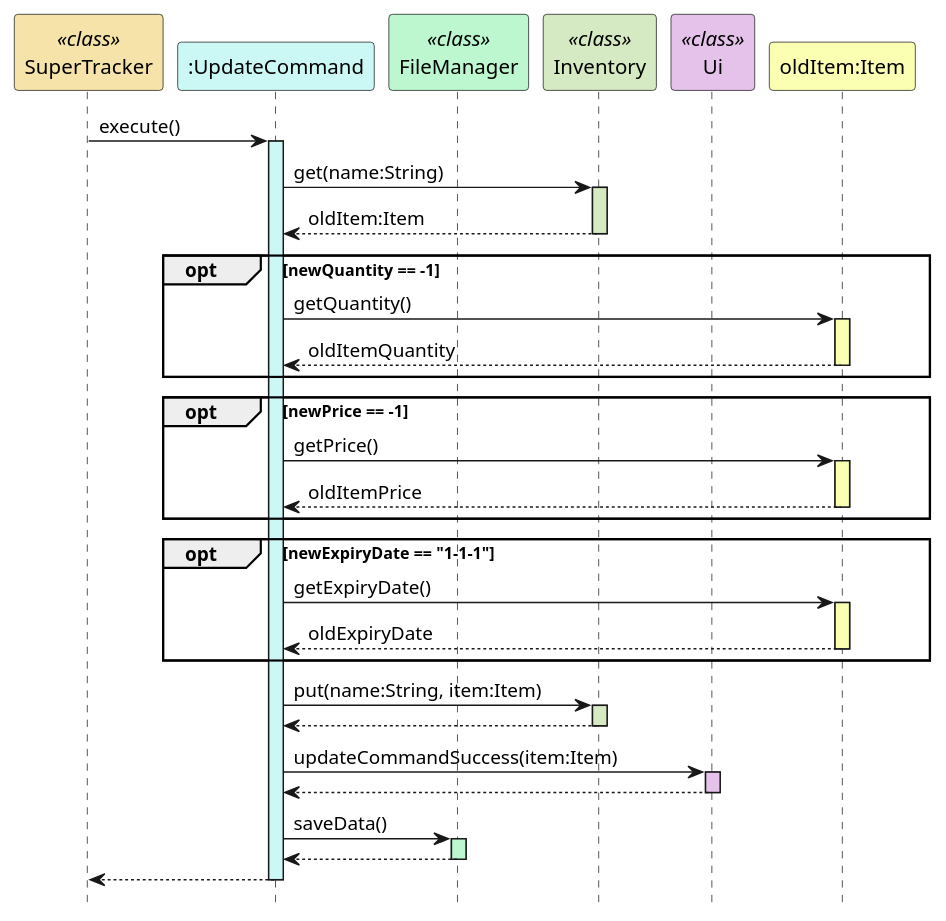
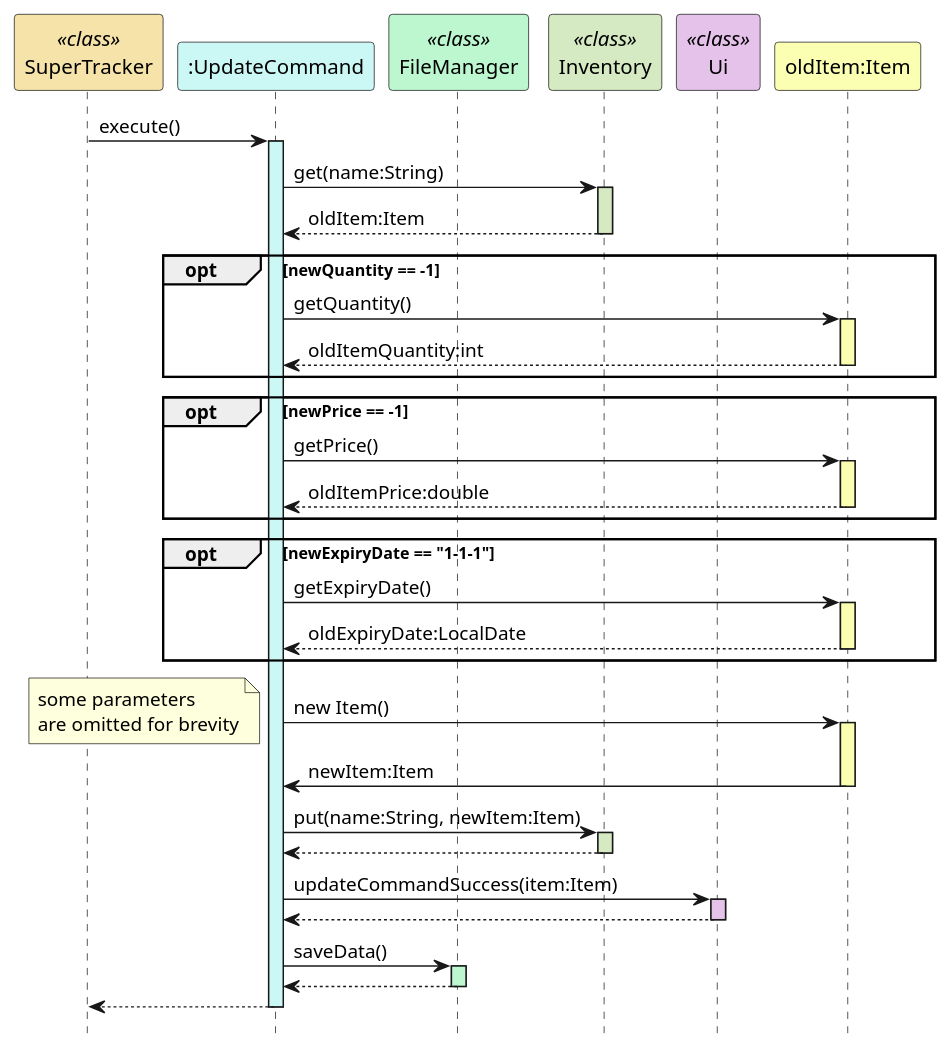
One commit to rismm/tp changed the second of 2 diagrams in docs/uml-diagrams/UpdateCommand.puml. Above: the diagram before and after it, drawn with PlantUML. The commit also changed 1 other file, not shown here.

Commit message:
update update command uml

```diff
--- a/docs/uml-diagrams/UpdateCommand.puml
+++ b/docs/uml-diagrams/UpdateCommand.puml
@@ -63,56 +63,63 @@
 @startuml
 hide footbox
 participant "SuperTracker" as SuperTracker <<class>> #f5e3a9
 participant ":UpdateCommand" as UpdateCommand #cbf7f4
 participant "FileManager" as FileManager <<class>> #bcf7cf
 participant "Inventory" as Inventory <<class>> #d5eac2
 participant "Ui" as Ui <<class>> #e5c2ea
 participant "oldItem:Item" as Item #fbffb2
 
 SuperTracker -> UpdateCommand : execute()
 activate UpdateCommand #cbf7f4
 
 UpdateCommand -> Inventory : get(name:String)
 activate Inventory #d5eac2
 Inventory --> UpdateCommand : oldItem:Item
 deactivate Inventory
 
 opt newQuantity == -1
     UpdateCommand -> Item: getQuantity()
     activate Item #fbffb2
-    Item --> UpdateCommand: oldItemQuantity
+    Item --> UpdateCommand: oldItemQuantity:int
     deactivate Item
 end
 
 opt newPrice == -1
     UpdateCommand -> Item: getPrice()
     activate Item #fbffb2
-    Item --> UpdateCommand: oldItemPrice
+    Item --> UpdateCommand: oldItemPrice:double
     deactivate Item
 end
 
 opt newExpiryDate == "1-1-1"
     UpdateCommand -> Item: getExpiryDate()
     activate Item #fbffb2
-    Item --> UpdateCommand: oldExpiryDate
+    Item --> UpdateCommand: oldExpiryDate:LocalDate
     deactivate Item
 end
 
-UpdateCommand -> Inventory : put(name:String, item:Item)
+UpdateCommand -> Item : new Item()
+note left : some parameters \nare omitted for brevity
+activate Item #fbffb2
+Item -> UpdateCommand : newItem:Item
+deactivate Item
+
+
+UpdateCommand -> Inventory : put(name:String, newItem:Item)
 activate Inventory #d5eac2
 Inventory --> UpdateCommand
 deactivate Inventory
 
 UpdateCommand -> Ui : updateCommandSuccess(item:Item)
 activate Ui #e5c2ea
 Ui --> UpdateCommand
 deactivate Ui
 
 UpdateCommand -> FileManager : saveData()
 activate FileManager #bcf7cf
 FileManager --> UpdateCommand
 deactivate FileManager
 
 UpdateCommand --> SuperTracker
 deactivate UpdateCommand
 @enduml
```
